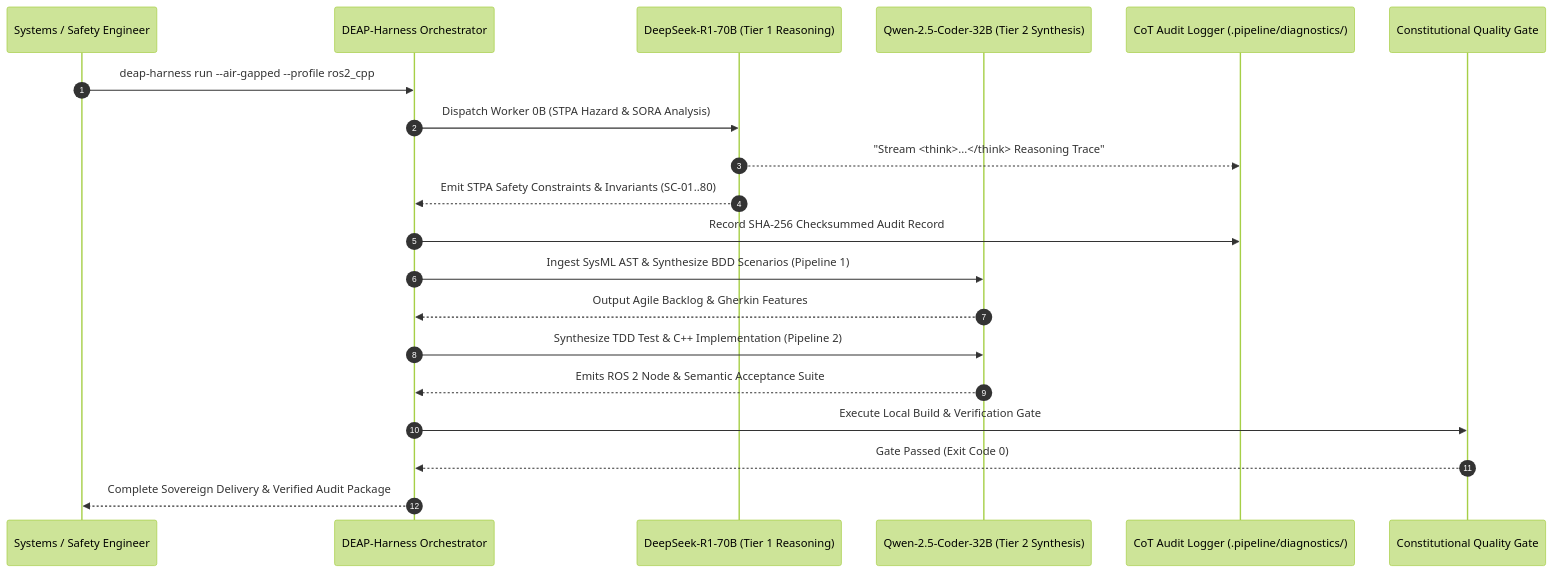
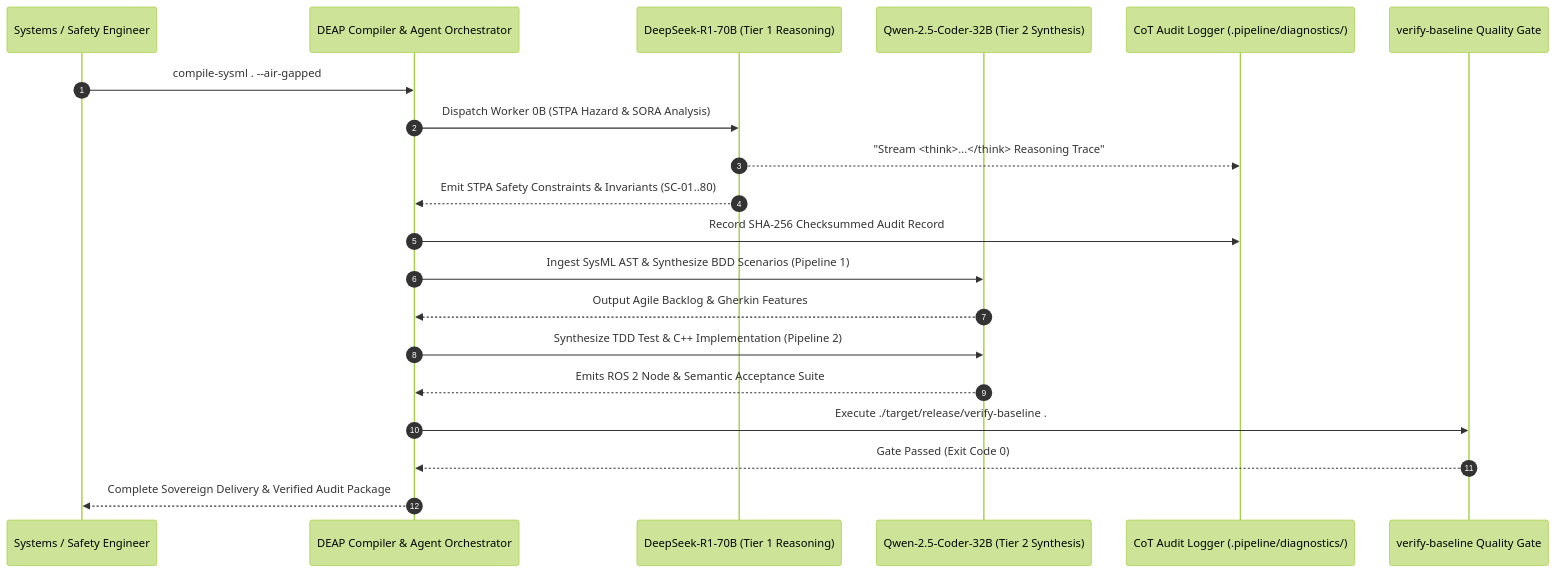
The fifth of 5 diagrams in docs/architecture/blueprints/DEAP_LOCAL_AIRGAPPED_DEEPSEEK_WORKSTATION_BLUEPRINT.md (gintatkinson/DEAP01-spec-core), drawn with Mermaid (forest theme) before and after one commit. The commit also changed other lines of this file and 28 other files, not shown here.

Commit message:
feat(verify-baseline,deap-core,compile-sysml): implement Option C blueprint capabilities and Check 37 blueprint grounding gate

````diff
--- a/docs/architecture/blueprints/DEAP_LOCAL_AIRGAPPED_DEEPSEEK_WORKSTATION_BLUEPRINT.md
+++ b/docs/architecture/blueprints/DEAP_LOCAL_AIRGAPPED_DEEPSEEK_WORKSTATION_BLUEPRINT.md
@@ -524,23 +543,23 @@
 ```mermaid
 sequenceDiagram
     autonumber
     participant Op as Systems / Safety Engineer
-    participant Harness as DEAP-Harness Orchestrator
+    participant Harness as DEAP Compiler & Agent Orchestrator
     participant R1 as DeepSeek-R1-70B (Tier 1 Reasoning)
     participant Coder as Qwen-2.5-Coder-32B (Tier 2 Synthesis)
     participant Audit as CoT Audit Logger (.pipeline/diagnostics/)
-    participant Gate as Constitutional Quality Gate
+    participant Gate as verify-baseline Quality Gate
 
-    Op->>Harness: deap-harness run --air-gapped --profile ros2_cpp
+    Op->>Harness: compile-sysml . --air-gapped
     Harness->>R1: Dispatch Worker 0B (STPA Hazard & SORA Analysis)
     R1-->>Audit: "Stream <think>...</think> Reasoning Trace"
     R1-->>Harness: Emit STPA Safety Constraints & Invariants (SC-01..80)
     Harness->>Audit: Record SHA-256 Checksummed Audit Record
     Harness->>Coder: Ingest SysML AST & Synthesize BDD Scenarios (Pipeline 1)
     Coder-->>Harness: Output Agile Backlog & Gherkin Features
     Harness->>Coder: Synthesize TDD Test & C++ Implementation (Pipeline 2)
     Coder-->>Harness: Emits ROS 2 Node & Semantic Acceptance Suite
-    Harness->>Gate: Execute Local Build & Verification Gate
+    Harness->>Gate: Execute ./target/release/verify-baseline .
     Gate-->>Harness: Gate Passed (Exit Code 0)
     Harness-->>Op: Complete Sovereign Delivery & Verified Audit Package
 ```
````
